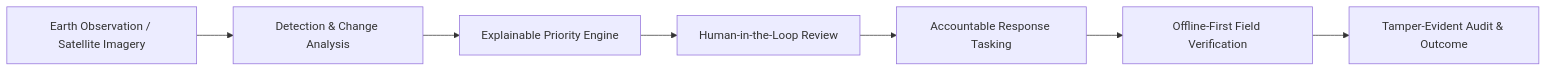
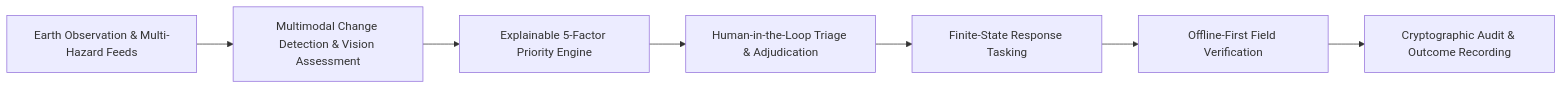
Before and after one commit to rohitkumarnaidu/Disaster-Intelligence-Response-OS: the first of 2 diagrams in docs/01-overview/introduction.md, drawn with Mermaid. The commit also changed other lines of this file and 10 other files, not shown here.

````diff
--- a/docs/01-overview/introduction.md
+++ b/docs/01-overview/introduction.md
@@ -9,9 +16,9 @@
 ```mermaid
 flowchart LR
-    A[Earth Observation / Satellite Imagery] --> B[Detection & Change Analysis]
-    B --> C[Explainable Priority Engine]
-    C --> D[Human-in-the-Loop Review]
-    D --> E[Accountable Response Tasking]
+    A[Earth Observation & Multi-Hazard Feeds] --> B[Multimodal Change Detection & Vision Assessment]
+    B --> C[Explainable 5-Factor Priority Engine]
+    C --> D[Human-in-the-Loop Triage & Adjudication]
+    D --> E[Finite-State Response Tasking]
     E --> F[Offline-First Field Verification]
-    F --> G[Tamper-Evident Audit & Outcome]
+    F --> G[Cryptographic Audit & Outcome Recording]
 ```
````
